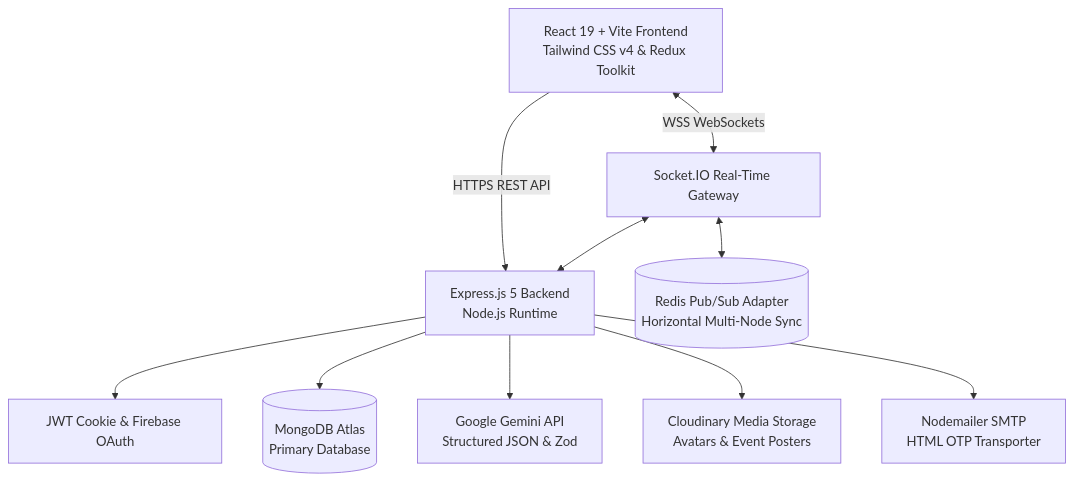
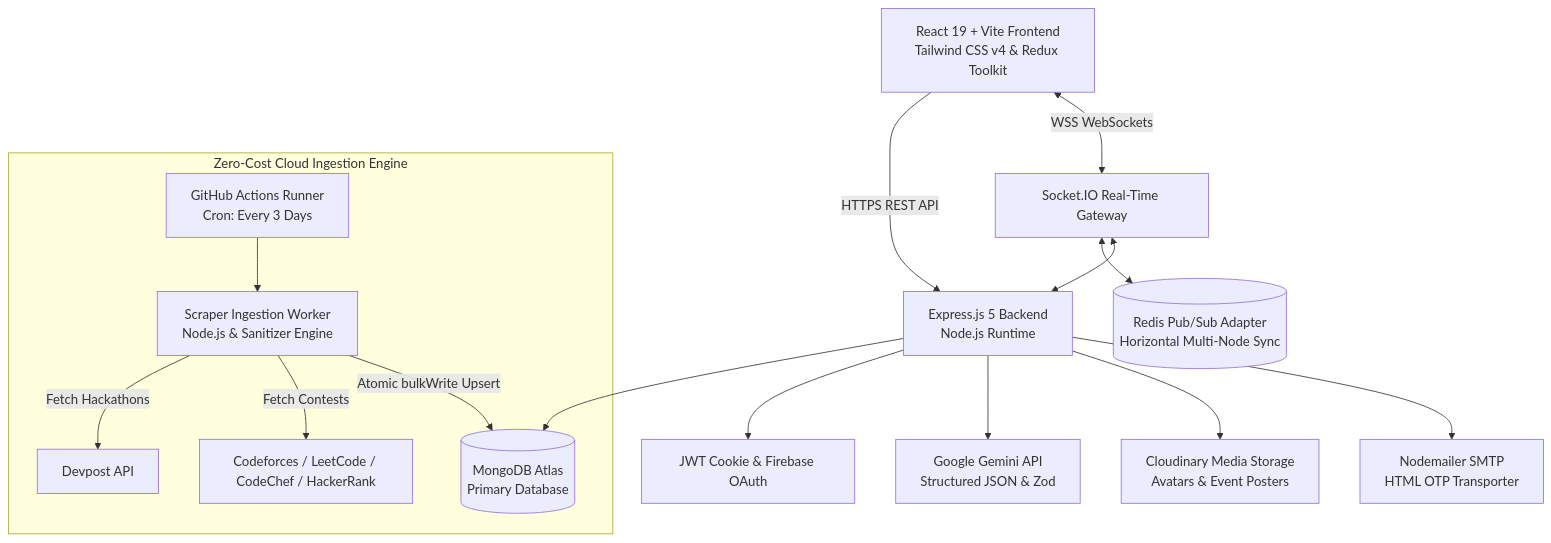
The diagram in README.md (devashishhaldar2006/HackCentral), drawn with Mermaid before and after one commit. The commit also changed other lines of this file, not shown here.

Commit message:
docs: update README with autonomous event aggregator details and refreshed screenshots

````diff
--- a/README.md
+++ b/README.md
@@ -151,14 +160,21 @@
 ```mermaid
 graph TD
     Client[React 19 + Vite Frontend\nTailwind CSS v4 & Redux Toolkit] -->|HTTPS REST API| API[Express.js 5 Backend\nNode.js Runtime]
     Client <-->|WSS WebSockets| Gateway[Socket.IO Real-Time Gateway]
     
     API --> Auth[JWT Cookie & Firebase OAuth]
     API --> DB[(MongoDB Atlas\nPrimary Database)]
     API --> AI[Google Gemini API\nStructured JSON & Zod]
     API --> CDN[Cloudinary Media Storage\nAvatars & Event Posters]
     API --> Mail[Nodemailer SMTP\nHTML OTP Transporter]
     
     Gateway <--> Redis[(Redis Pub/Sub Adapter\nHorizontal Multi-Node Sync)]
     Gateway <--> API
+
+    subgraph Autonomous Event Pipeline [Zero-Cost Cloud Ingestion Engine]
+        Cron[GitHub Actions Runner\nCron: Every 3 Days] --> Worker[Scraper Ingestion Worker\nNode.js & Sanitizer Engine]
+        Worker -->|Fetch Hackathons| Devpost[Devpost API]
+        Worker -->|Fetch Contests| CP[Codeforces / LeetCode / CodeChef / HackerRank]
+        Worker -->|Atomic bulkWrite Upsert| DB
+    end
 ```
````
